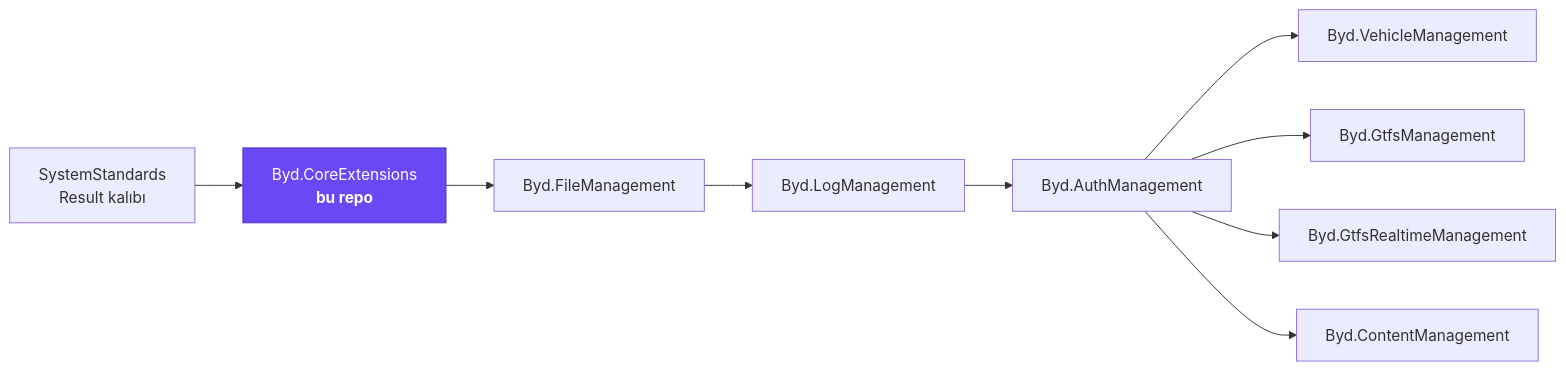
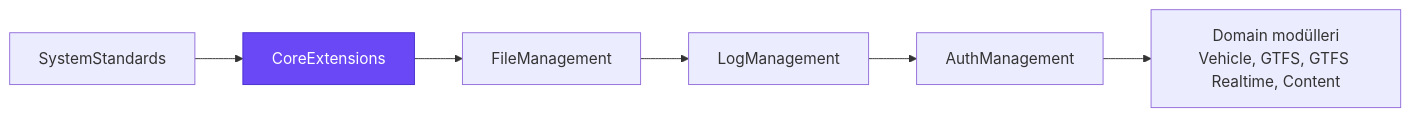
Before and after one commit to mertbyd/byd-core-extensions-api: the first of 7 diagrams in README.md, drawn with Mermaid. The commit also changed other lines of this file, not shown here.

````diff
--- a/README.md
+++ b/README.md
@@ -31,12 +7,6 @@
 ```mermaid
 flowchart LR
-    SS[SystemStandards<br/>Result kalıbı] --> CORE
-    CORE[Byd.CoreExtensions<br/><b>bu repo</b>] --> FILE[Byd.FileManagement]
-    FILE --> LOG[Byd.LogManagement]
-    LOG --> AUTH[Byd.AuthManagement]
-    AUTH --> VEH[Byd.VehicleManagement]
-    AUTH --> GTFS[Byd.GtfsManagement]
-    AUTH --> RT[Byd.GtfsRealtimeManagement]
-    AUTH --> CM[Byd.ContentManagement]
+    SS[SystemStandards] --> CORE[CoreExtensions] --> FILE[FileManagement] --> LOG[LogManagement] --> AUTH[AuthManagement]
+    AUTH --> MODS[Domain modülleri<br/>Vehicle, GTFS, GTFS Realtime, Content]
     style CORE fill:#6a48f5,color:#fff,stroke:#4a2fd0
 ```
````
